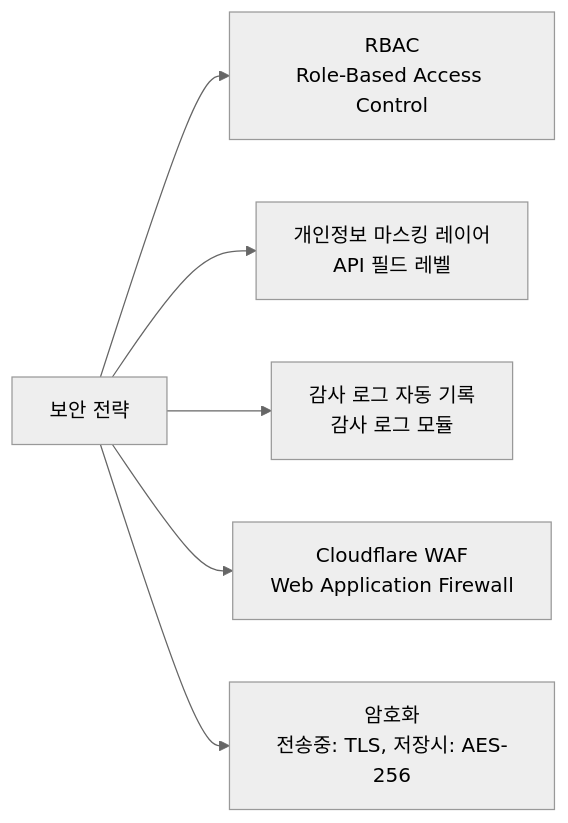
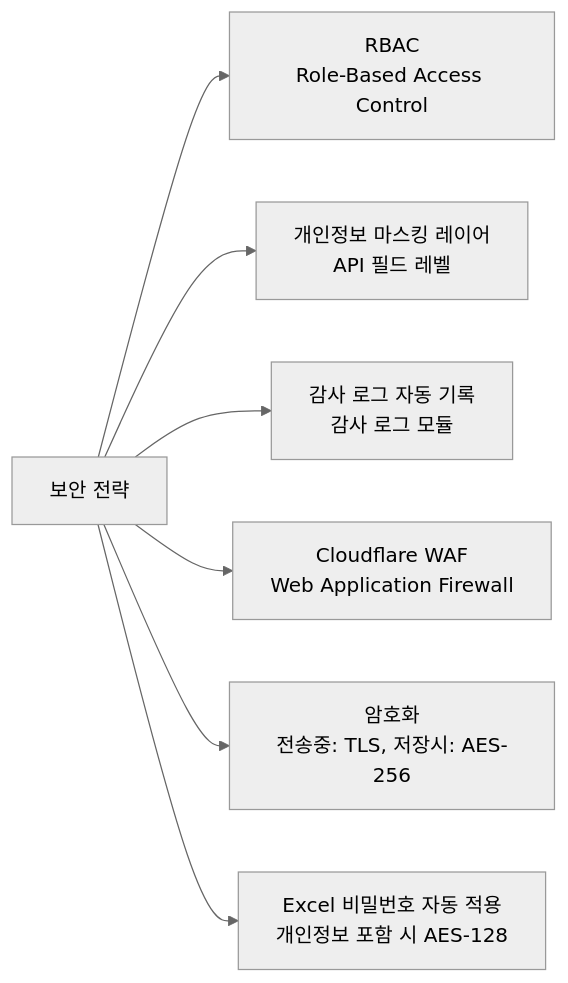
The fifth of 6 diagrams in src/content/docs/goodthinking-isp/04-design/utility-tree.md (sknkwoxs/manual-book), drawn with Mermaid (neutral theme) before and after one commit. The commit also changed other lines of this file and 2 other files, not shown here.

First line of the commit message:
docs(goodthinking-isp): Phase 5 완료 — Excel 보안 흐름, S-3 강화, 초안 작성일 보정

````diff
--- a/src/content/docs/goodthinking-isp/04-design/utility-tree.md
+++ b/src/content/docs/goodthinking-isp/04-design/utility-tree.md
@@ -228,15 +229,17 @@
 ```mermaid
 graph LR
     A["보안 전략"]
     B["RBAC<br/>Role-Based Access Control"]
     C["개인정보 마스킹 레이어<br/>API 필드 레벨"]
     D["감사 로그 자동 기록<br/>감사 로그 모듈"]
     E["Cloudflare WAF<br/>Web Application Firewall"]
     F["암호화<br/>전송중: TLS, 저장시: AES-256"]
+    G["Excel 비밀번호 자동 적용<br/>개인정보 포함 시 AES-128"]
     
     A --> B
     A --> C
     A --> D
     A --> E
     A --> F
+    A --> G
 ```
````
